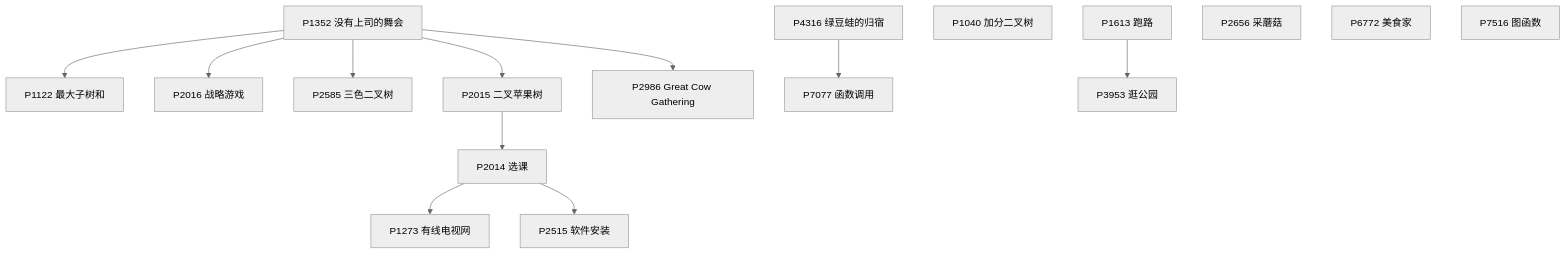
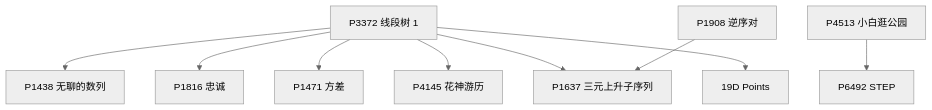
One commit to rainboyOJ/new_problem_solutions changed diagram 18 of 56 in problem-sets/luogu-official-advanced-training.md. Above: the diagram before and after it, drawn with Mermaid (neutral theme). The commit also changed other lines of this file and 3 other files, not shown here.

First line of the commit message:
fix(problem-sets): 前置关系图不再缩字——去孤立节点、按支线拆图、宽图横向滚动

````diff
--- a/problem-sets/luogu-official-advanced-training.md
+++ b/problem-sets/luogu-official-advanced-training.md
@@ -885,31 +524,22 @@
 ```mermaid
 flowchart TD
-  n1352["P1352 没有上司的舞会"]
-  n1122["P1122 最大子树和"]
-  n2016["P2016 战略游戏"]
-  n2585["P2585 三色二叉树"]
-  n2015["P2015 二叉苹果树"]
-  n2014["P2014 选课"]
-  n1273["P1273 有线电视网"]
-  n2515["P2515 软件安装"]
-  n2986["P2986 Great Cow Gathering"]
-  n4316["P4316 绿豆蛙的归宿"]
-  n7077["P7077 函数调用"]
-  n1040["P1040 加分二叉树"]
-  n1613["P1613 跑路"]
-  n2656["P2656 采蘑菇"]
-  n3953["P3953 逛公园"]
-  n6772["P6772 美食家"]
-  n7516["P7516 图函数"]
+  nP3372["P3372 线段树 1"]
+  nP1438["P1438 无聊的数列"]
+  nP1816["P1816 忠诚"]
+  nP1471["P1471 方差"]
+  nP4145["P4145 花神游历"]
+  nP1637["P1637 三元上升子序列"]
+  n19D["19D Points"]
+  nP1908["P1908 逆序对"]
+  nP4513["P4513 小白逛公园"]
+  nP6492["P6492 STEP"]
 
-  n1352 --> n1122
-  n1352 --> n2016
-  n1352 --> n2585
-  n1352 --> n2986
-  n1352 --> n2015
-  n2015 --> n2014
-  n2014 --> n1273
-  n2014 --> n2515
-  n4316 --> n7077
-  n1613 --> n3953
+  nP3372 --> nP1438
+  nP3372 --> nP1816
+  nP3372 --> nP1471
+  nP3372 --> nP4145
+  nP3372 --> nP1637
+  nP3372 --> n19D
+  nP1908 --> nP1637
+  nP4513 --> nP6492
 ```
````
